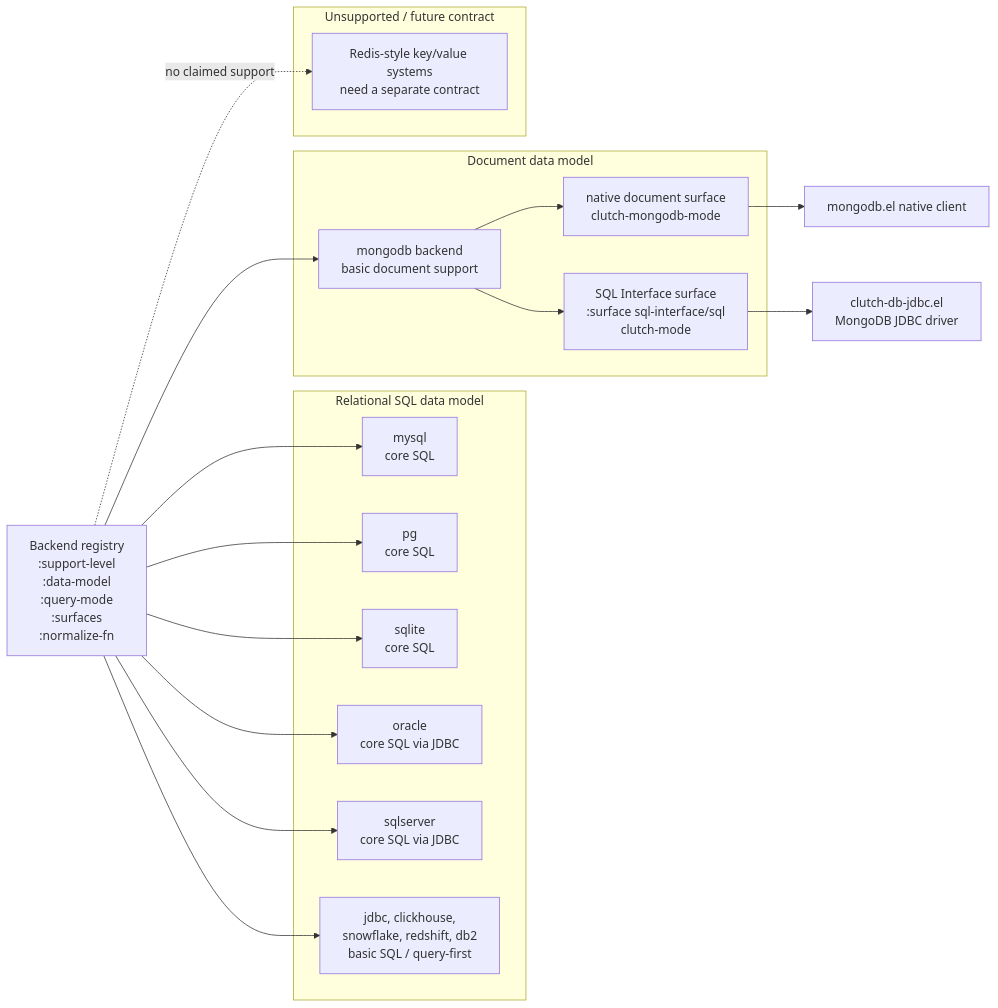
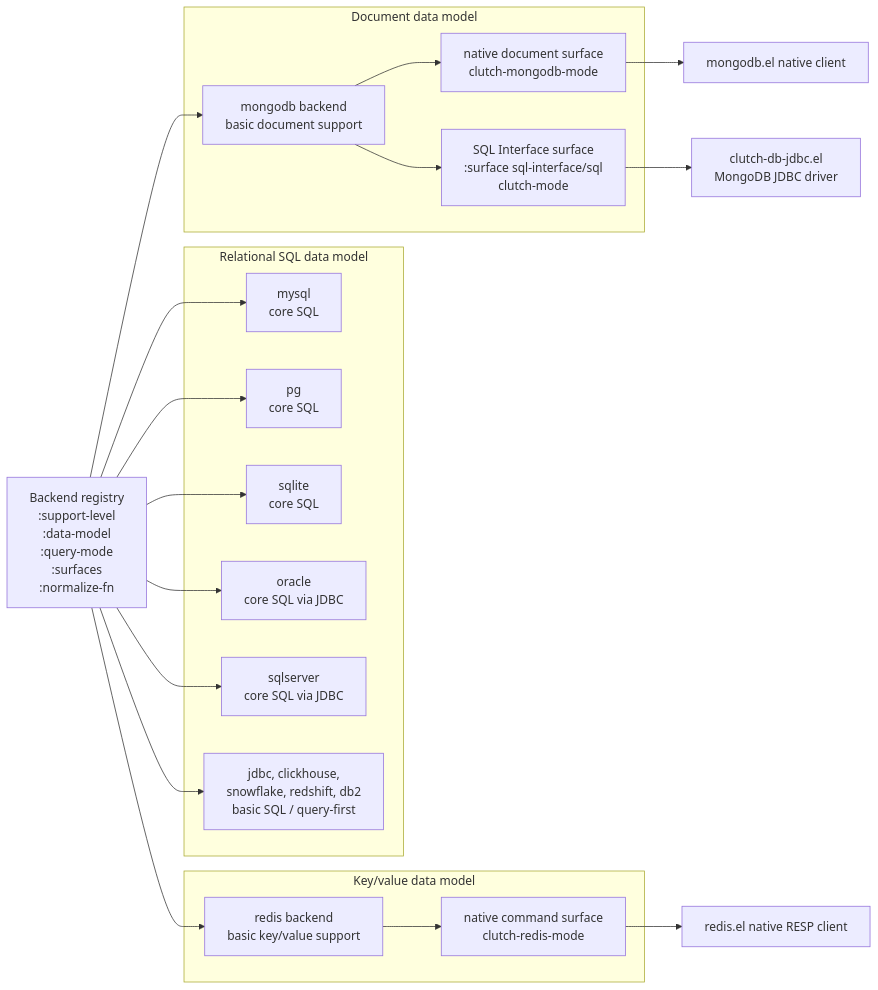
One commit to LuciusChen/clutch changed the second of 5 diagrams in docs/architecture.md. Above: the diagram before and after it, drawn with Mermaid. The commit also changed other lines of this file and 35 other files, not shown here.

Commit message:
Add native document and key-value backends

````diff
--- a/docs/architecture.md
+++ b/docs/architecture.md
@@ -80,38 +88,41 @@
 ```mermaid
 flowchart LR
   Registry["Backend registry<br/>:support-level<br/>:data-model<br/>:query-mode<br/>:surfaces<br/>:normalize-fn"]
 
   subgraph Relational["Relational SQL data model"]
     MySQLCore["mysql<br/>core SQL"]
     PGCore["pg<br/>core SQL"]
     SQLiteCore["sqlite<br/>core SQL"]
     OracleCore["oracle<br/>core SQL via JDBC"]
     SQLServerCore["sqlserver<br/>core SQL via JDBC"]
     GenericJDBC["jdbc, clickhouse,<br/>snowflake, redshift, db2<br/>basic SQL / query-first"]
   end
 
   subgraph DocumentDB["Document data model"]
     MongoBackend["mongodb backend<br/>basic document support"]
     MongoNative["native document surface<br/>clutch-mongodb-mode"]
     MongoSQL["SQL Interface surface<br/>:surface sql-interface/sql<br/>clutch-mode"]
   end
 
-  subgraph Future["Unsupported / future contract"]
-    Redis["Redis-style key/value systems<br/>need a separate contract"]
+  subgraph KeyValue["Key/value data model"]
+    RedisBackend["redis backend<br/>basic key/value support"]
+    RedisNative["native command surface<br/>clutch-redis-mode"]
   end
 
   Registry --> MySQLCore
   Registry --> PGCore
   Registry --> SQLiteCore
   Registry --> OracleCore
   Registry --> SQLServerCore
   Registry --> GenericJDBC
   Registry --> MongoBackend
+  Registry --> RedisBackend
 
   MongoBackend --> MongoNative
   MongoBackend --> MongoSQL
   MongoNative --> MongoExt["mongodb.el native client"]
   MongoSQL --> JDBCPath["clutch-db-jdbc.el<br/>MongoDB JDBC driver"]
 
-  Registry -. no claimed support .-> Redis
+  RedisBackend --> RedisNative
+  RedisNative --> RedisExt["redis.el native RESP client"]
 ```
````
